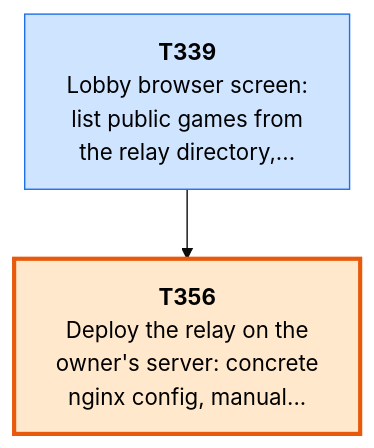
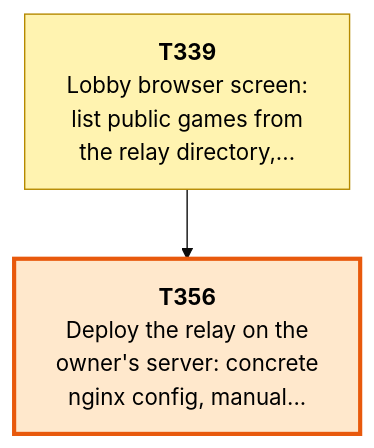
One commit to Kenmura/Unciv changed the first of 7 diagrams in csharp/migration/DEPENDENCY_MAP.md. Above: the diagram before and after it, drawn with Mermaid (base theme). The commit also changed other lines of this file and 1 other file, not shown here.

````diff
--- a/csharp/migration/DEPENDENCY_MAP.md
+++ b/csharp/migration/DEPENDENCY_MAP.md
@@ -63,15 +63,15 @@
 ```mermaid
 flowchart TD
   T339["<b>T339</b><br/>Lobby browser screen:<br/>list public games from<br/>the relay directory,..."]
   T356["<b>T356</b><br/>Deploy the relay on the<br/>owner's server: concrete<br/>nginx config, manual..."]
   T339 --> T356
   classDef waiting fill:#f3faf3,stroke:#9bc49b,color:#555,stroke-dasharray:2 2
   classDef ondeck fill:#ffe8cc,stroke:#e8590c,stroke-width:3px,color:#000
   classDef ready fill:#7ee787,stroke:#1a7f37,stroke-width:3px,color:#000
   classDef prog fill:#fff3b0,stroke:#b58900,color:#000
   classDef review fill:#cfe4ff,stroke:#1f6feb,color:#000
   classDef blocked fill:#ffd6d6,stroke:#c62828,color:#000
   classDef done fill:#eeeeee,stroke:#999999,color:#666,stroke-dasharray:4 3
-  class T339 review
+  class T339 prog
   class T356 ondeck
 ```
````
